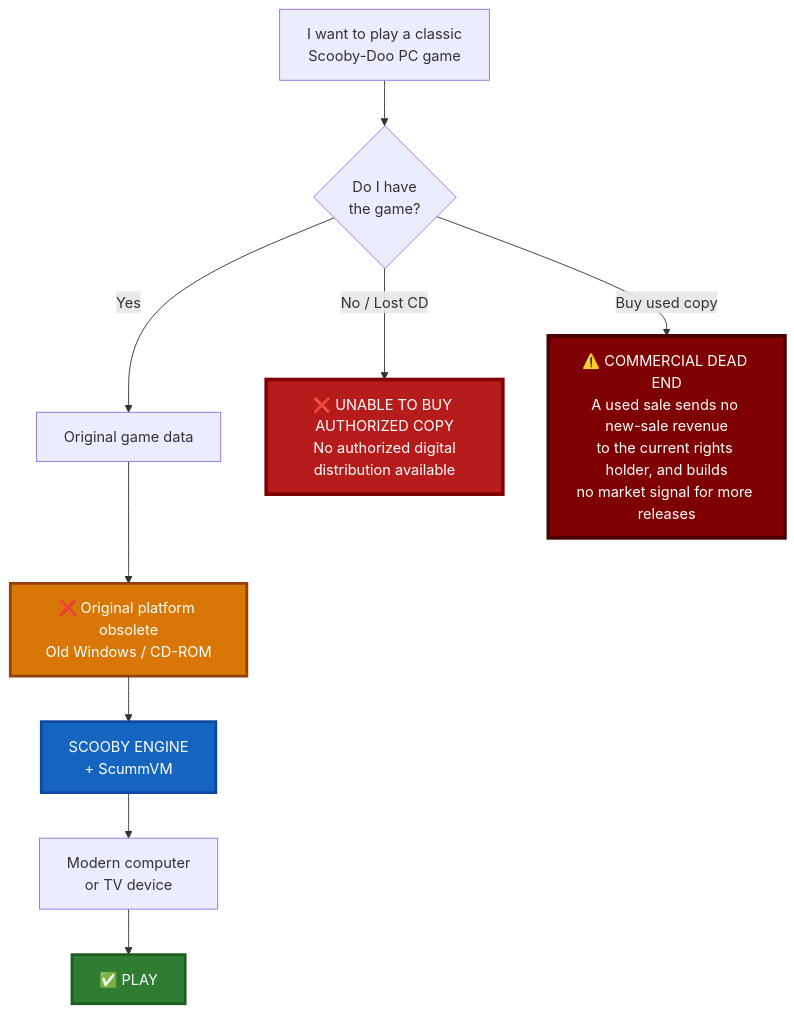
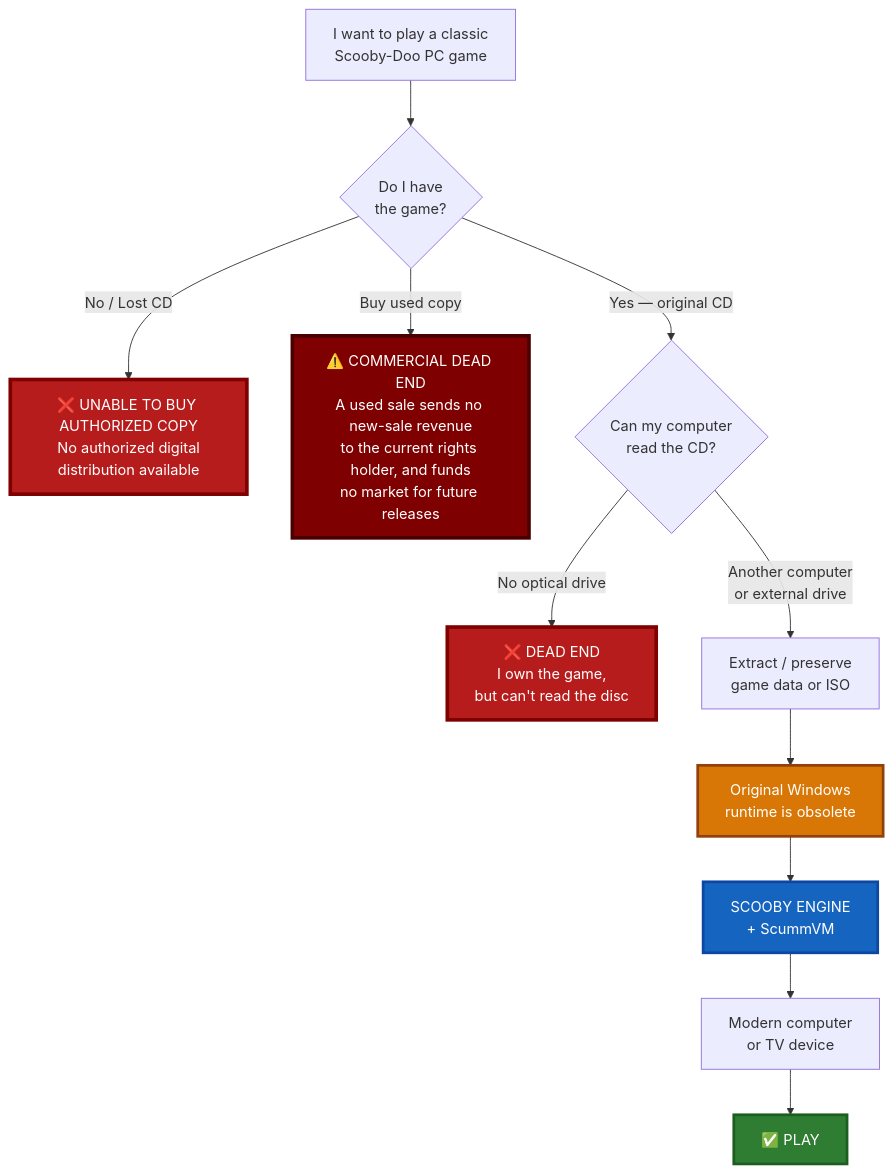
The diagram in README.md (barefootbetters/scooby-engine), drawn with Mermaid before and after one commit. The commit also changed other lines of this file, not shown here.

First line of the commit message:
docs: show that owning the CD isn't the same as having usable data

````diff
--- a/README.md
+++ b/README.md
@@ -40,21 +40,25 @@
 ```mermaid
 flowchart TD
     A["I want to play a classic<br/>Scooby-Doo PC game"]
 
     A --> B{"Do I have<br/>the game?"}
 
-    B -->|"Yes"| C["Original game data"]
-    B -->|"No / Lost CD"| D["❌ UNABLE TO BUY AUTHORIZED COPY<br/>No authorized digital<br/>distribution available"]
-    B -->|"Buy used copy"| U["⚠️ COMMERCIAL DEAD END<br/>A used sale sends no new-sale revenue<br/>to the current rights holder, and builds<br/>no market signal for more releases"]
+    B -->|"No / Lost CD"| C["❌ UNABLE TO BUY AUTHORIZED COPY<br/>No authorized digital<br/>distribution available"]
+    B -->|"Buy used copy"| D["⚠️ COMMERCIAL DEAD END<br/>A used sale sends no new-sale revenue<br/>to the current rights holder, and funds<br/>no market for future releases"]
+    B -->|"Yes — original CD"| E{"Can my computer<br/>read the CD?"}
 
-    C --> E["❌ Original platform obsolete<br/>Old Windows / CD-ROM"]
-    E --> F["SCOOBY ENGINE<br/>+ ScummVM"]
-    F --> G["Modern computer<br/>or TV device"]
-    G --> H["✅ PLAY"]
+    E -->|"No optical drive"| F["❌ DEAD END<br/>I own the game,<br/>but can't read the disc"]
+    E -->|"Another computer<br/>or external drive"| G["Extract / preserve<br/>game data or ISO"]
 
-    style D fill:#b71c1c,color:#fff,stroke:#7f0000,stroke-width:4px
-    style U fill:#7f0000,color:#fff,stroke:#4a0000,stroke-width:4px
-    style E fill:#d97706,color:#fff,stroke:#92400e,stroke-width:3px
-    style F fill:#1565c0,color:#fff,stroke:#0d47a1,stroke-width:3px
-    style H fill:#2e7d32,color:#fff,stroke:#1b5e20,stroke-width:3px
+    G --> H["Original Windows<br/>runtime is obsolete"]
+    H --> I["SCOOBY ENGINE<br/>+ ScummVM"]
+    I --> J["Modern computer<br/>or TV device"]
+    J --> K["✅ PLAY"]
+
+    style C fill:#b71c1c,color:#fff,stroke:#7f0000,stroke-width:4px
+    style D fill:#7f0000,color:#fff,stroke:#4a0000,stroke-width:4px
+    style F fill:#b71c1c,color:#fff,stroke:#7f0000,stroke-width:4px
+    style H fill:#d97706,color:#fff,stroke:#92400e,stroke-width:3px
+    style I fill:#1565c0,color:#fff,stroke:#0d47a1,stroke-width:3px
+    style K fill:#2e7d32,color:#fff,stroke:#1b5e20,stroke-width:3px
 ```
````
